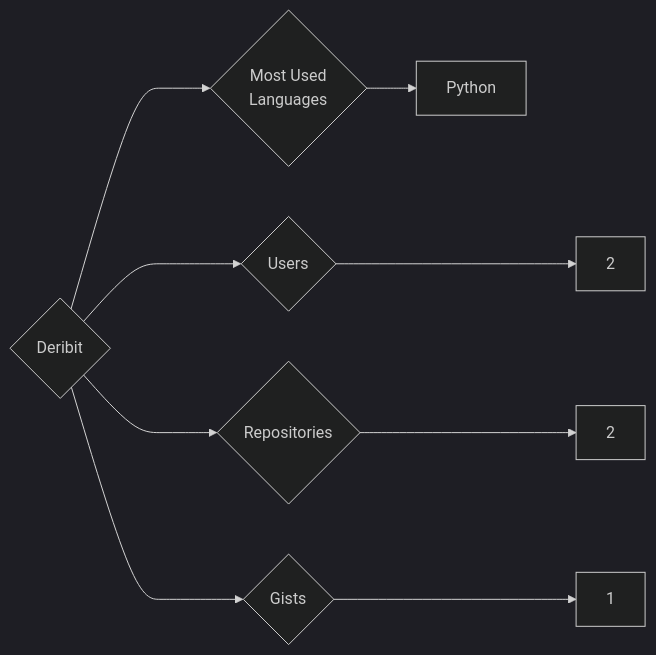
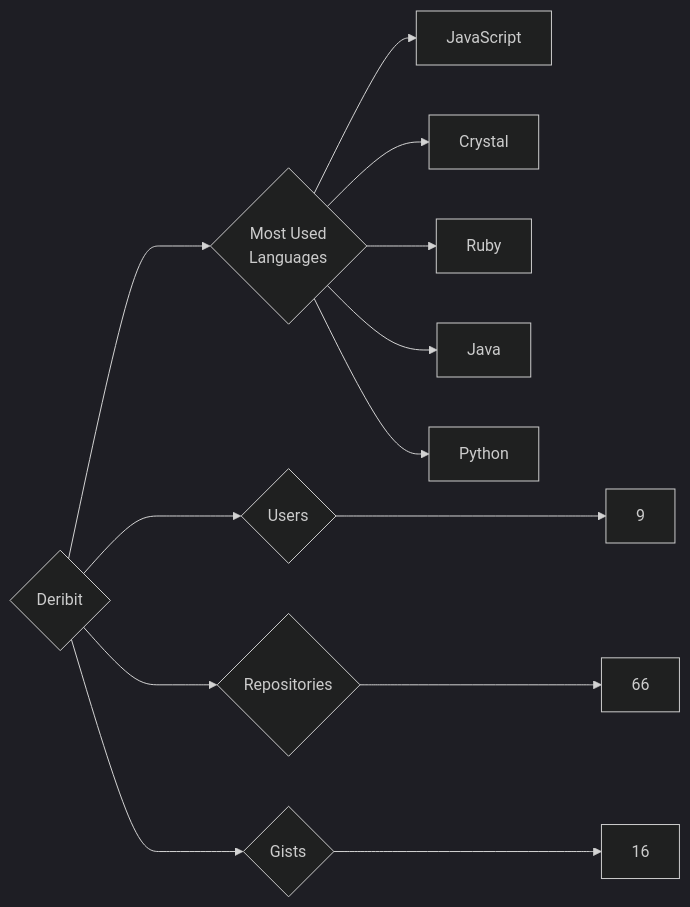
The diagram in targets/Deribit/README.md (trickest/insiders), drawn with Mermaid (dark theme) before and after one commit. The commit also changed 951 other files, not shown here.

````diff
--- a/targets/Deribit/README.md
+++ b/targets/Deribit/README.md
@@ -3,9 +3,13 @@
 ```mermaid
 graph LR
 COMPANY_NAME{Deribit}
-COMPANY_NAME ---> U{Users} ---> UN[2]
-COMPANY_NAME ---> R{Repositories} ---> RN[2]
-COMPANY_NAME ---> G{Gists} ---> GN[1]
+COMPANY_NAME ---> U{Users} ---> UN[9]
+COMPANY_NAME ---> R{Repositories} ---> RN[66]
+COMPANY_NAME ---> G{Gists} ---> GN[16]
 COMPANY_NAME ---> ML{Most Used<br>Languages}
+ML --> JavaScript[JavaScript]
+ML --> Crystal[Crystal]
+ML --> Ruby[Ruby]
+ML --> Java[Java]
 ML --> Python[Python]
 ```
````
